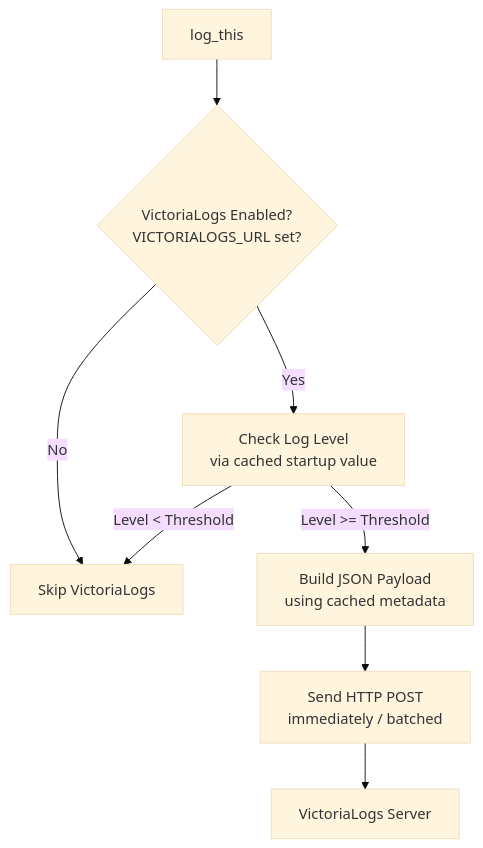
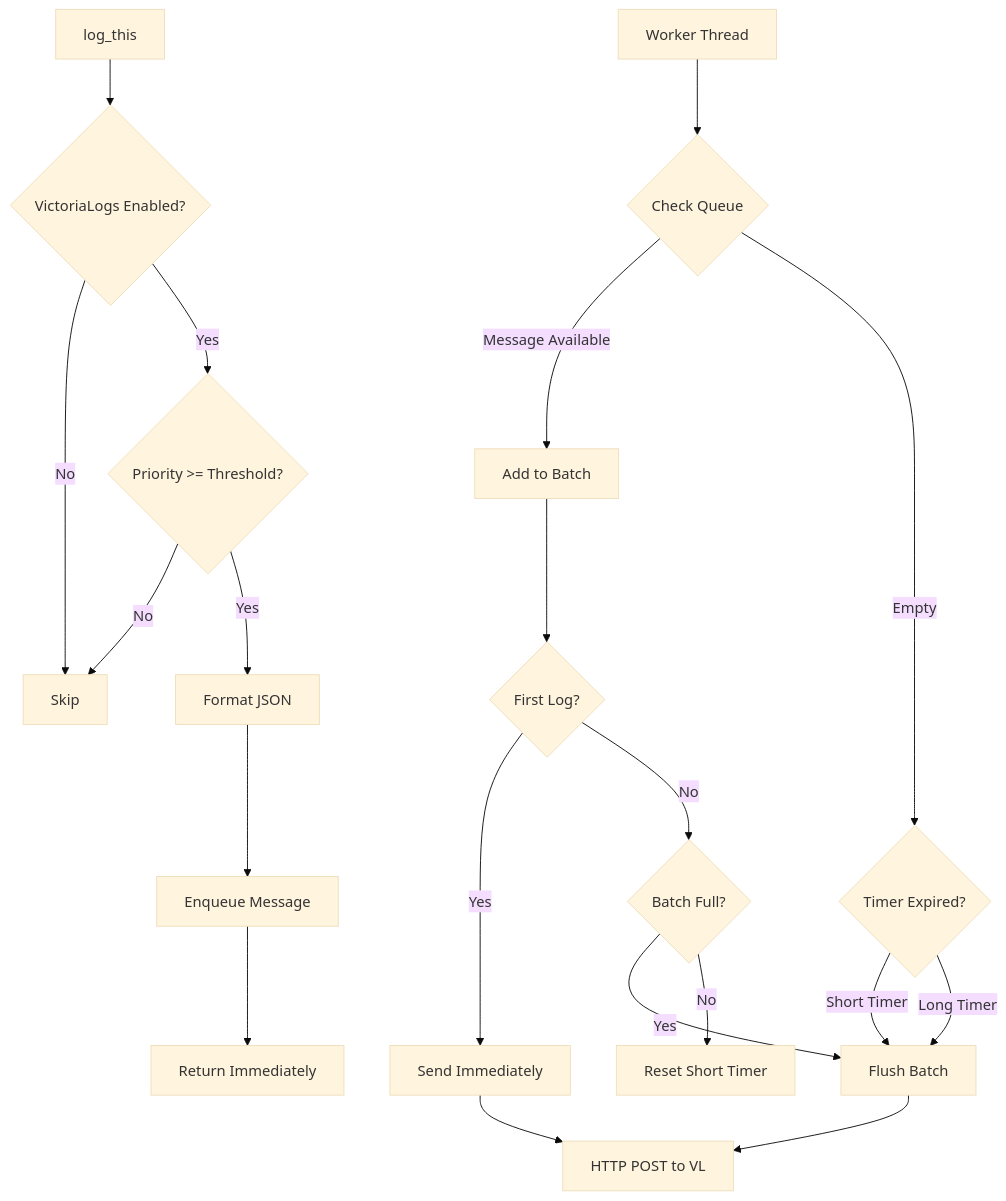
One commit to 500Foods/Philement changed the first of 2 diagrams in docs/H/plans/VICTORIALOGGING.md. Above: the diagram before and after it, drawn with Mermaid (base theme). The commit also changed other lines of this file and 19 other files, not shown here.

Commit message:
VictoriaLogs implemented

````diff
--- a/docs/H/plans/VICTORIALOGGING.md
+++ b/docs/H/plans/VICTORIALOGGING.md
@@ -224,10 +214,23 @@
 ```mermaid
 flowchart TD
-    A[log_this] --> B{VictoriaLogs Enabled?<br/>VICTORIALOGS_URL set?}
-    B -->|Yes| C[Check Log Level<br/>via cached startup value]
-    B -->|No| D[Skip VictoriaLogs]
-    C -->|Level >= Threshold| E[Build JSON Payload<br/>using cached metadata]
-    C -->|Level < Threshold| D
-    E --> F[Send HTTP POST<br/>immediately / batched]
-    F --> G[VictoriaLogs Server]
+    A[log_this] --> B{VictoriaLogs Enabled?}
+    B -->|No| C[Skip]
+    B -->|Yes| D{Priority >= Threshold?}
+    D -->|No| C
+    D -->|Yes| E[Format JSON]
+    E --> F[Enqueue Message]
+    F --> G[Return Immediately]
+    
+    H[Worker Thread] --> I{Check Queue}
+    I -->|Message Available| J[Add to Batch]
+    I -->|Empty| K{Timer Expired?}
+    J --> L{First Log?}
+    L -->|Yes| M[Send Immediately]
+    L -->|No| N{Batch Full?}
+    N -->|Yes| O[Flush Batch]
+    N -->|No| P[Reset Short Timer]
+    K -->|Short Timer| O
+    K -->|Long Timer| O
+    O --> Q[HTTP POST to VL]
+    M --> Q
 ```
````
